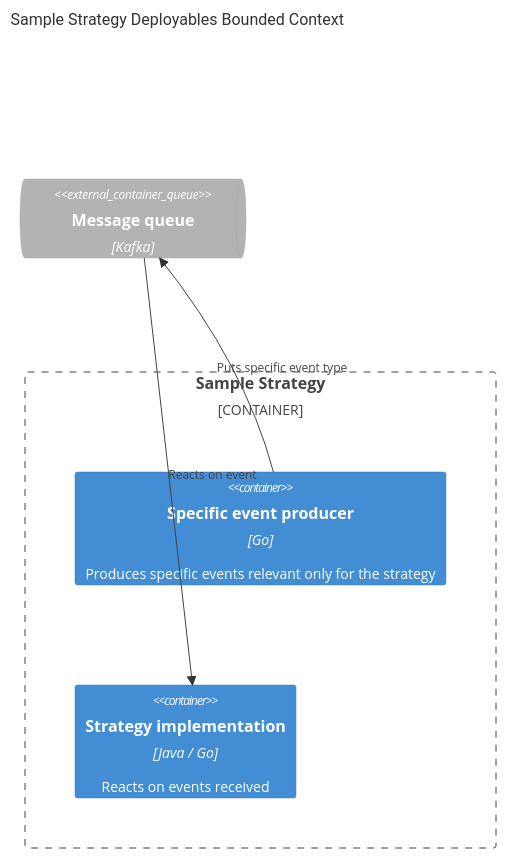
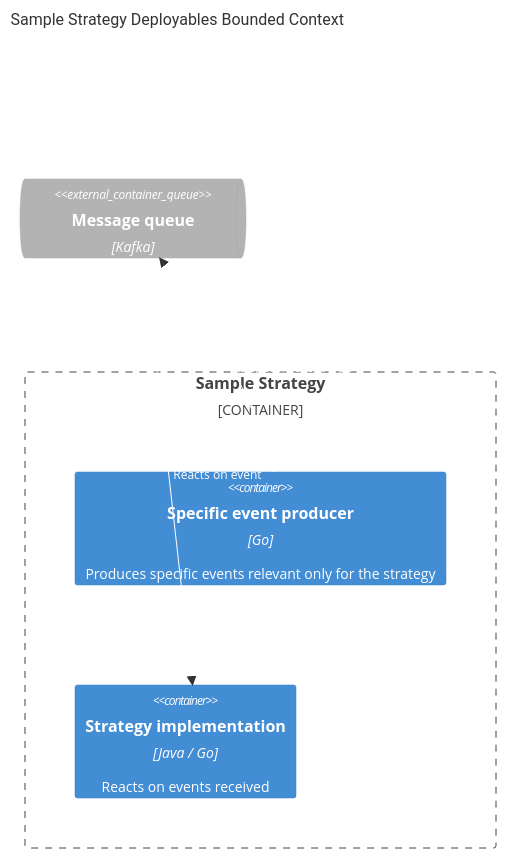
One commit to marketing-tema/trading-automatization changed the diagram in docs/sample_strategy_deployables_c4.md. Above: the diagram before and after it, drawn with Mermaid. The commit also changed 1 other file, not shown here.

Commit message:
color white

````diff
--- a/docs/sample_strategy_deployables_c4.md
+++ b/docs/sample_strategy_deployables_c4.md
@@ -1,14 +1,17 @@
 ```mermaid
     C4Context
     title Sample Strategy Deployables Bounded Context
     
     ContainerQueue_Ext(mq, "Message queue", "Kafka")
 
     Container_Boundary(с1, " Sample Strategy") {
         Container(eventProducer, "Specific event producer", "Go", "Produces specific events relevant only for the strategy")
         Container(strategy, "Strategy implementation", "Java / Go", "Reacts on events received")
     }
     
     Rel(mq, strategy, "Reacts on event")
     Rel(eventProducer, mq, "Puts specific event type")
+
+    UpdateRelStyle(mq, strategy, $textColor="white", $lineColor="white", $offsetX="5")
+    UpdateRelStyle(eventProducer, mq, $textColor="white", $lineColor="white", $offsetX="5")
 ```
````
